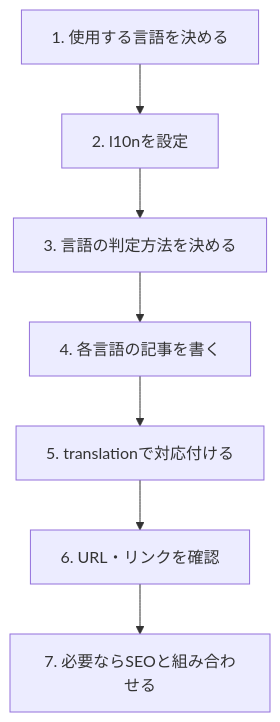
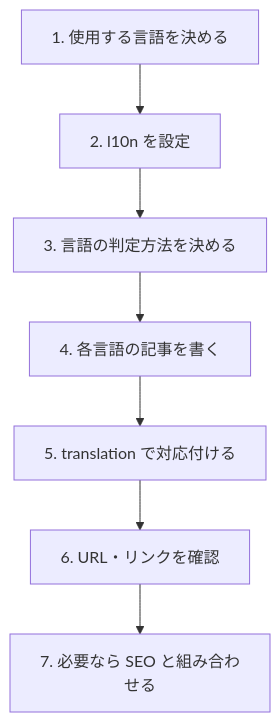
Before and after one commit to Rerurate514/riebeckite: the sixth of 6 diagrams in docs/docs/guides/localization.ja.md, drawn with Mermaid. The commit also changed other lines of this file and 310 other files, not shown here.

````diff
--- a/docs/docs/guides/localization.ja.md
+++ b/docs/docs/guides/localization.ja.md
@@ -406,17 +423,17 @@
 ```mermaid
 flowchart TD
     Lang["1. 使用する言語を決める"]
-    Config["2. l10nを設定"]
+    Config["2. l10n を設定"]
     Detection["3. 言語の判定方法を決める"]
     Content["4. 各言語の記事を書く"]
-    Translation["5. translationで対応付ける"]
+    Translation["5. translation で対応付ける"]
     Link["6. URL・リンクを確認"]
-    SEO["7. 必要ならSEOと組み合わせる"]
+    SEO["7. 必要なら SEO と組み合わせる"]
 
     Lang --> Config
     Config --> Detection
     Detection --> Content
     Content --> Translation
     Translation --> Link
     Link --> SEO
 ```
````
